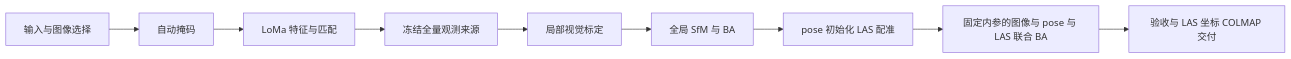
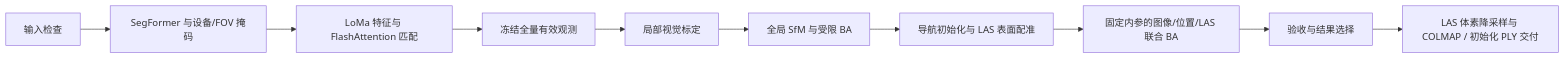
The diagram in README.md (Niloux/GeosunPre), drawn with Mermaid before and after one commit. The commit also changed other lines of this file and 89 other files, not shown here.

First line of the commit message:
Refactor production pipeline and export LAS initialization PLY

````diff
--- a/README.md
+++ b/README.md
@@ -5,11 +5,12 @@
 ```mermaid
 flowchart LR
-    A[输入与图像选择] --> B[自动掩码]
-    B --> C[LoMa 特征与匹配]
-    C --> D[冻结全量观测来源]
+    A[输入检查] --> B[SegFormer 与设备/FOV 掩码]
+    B --> C[LoMa 特征与 FlashAttention 匹配]
+    C --> D[冻结全量有效观测]
     D --> E[局部视觉标定]
-    E --> F[全局 SfM 与 BA]
-    F --> G[pose 初始化 LAS 配准]
-    G --> H[固定内参的图像与 pose 与 LAS 联合 BA]
-    H --> I[验收与 LAS 坐标 COLMAP 交付]
+    E --> F[全局 SfM 与受限 BA]
+    F --> G[导航初始化与 LAS 表面配准]
+    G --> H[固定内参的图像/位置/LAS 联合 BA]
+    H --> I[验收与结果选择]
+    I --> J[LAS 体素降采样与 COLMAP / 初始化 PLY 交付]
 ```
````
